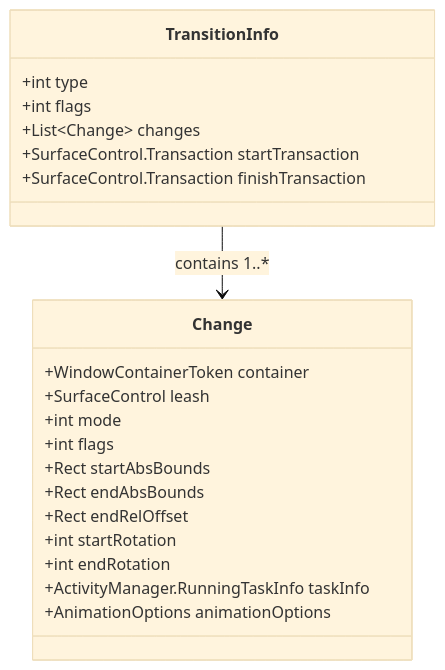
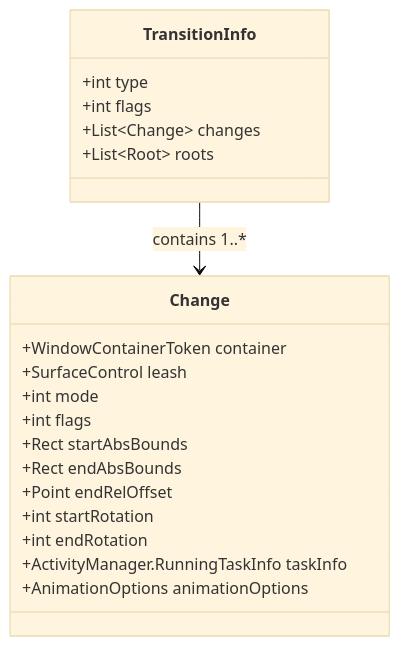
Before and after one commit to aospbooks/aosp-internal-book: diagram 11 of 33 in agents/claude/skills/aosp-framework-core/23-window-system.md, drawn with Mermaid (base theme). The commit also changed other lines of this file and 218 other files, not shown here.

````diff
--- a/agents/claude/skills/aosp-framework-core/23-window-system.md
+++ b/agents/claude/skills/aosp-framework-core/23-window-system.md
@@ -977,26 +988,25 @@
 ```mermaid
 classDiagram
     class TransitionInfo {
         +int type
         +int flags
         +List~Change~ changes
-        +SurfaceControl.Transaction startTransaction
-        +SurfaceControl.Transaction finishTransaction
+        +List~Root~ roots
     }
 
     class Change {
         +WindowContainerToken container
         +SurfaceControl leash
         +int mode
         +int flags
         +Rect startAbsBounds
         +Rect endAbsBounds
-        +Rect endRelOffset
+        +Point endRelOffset
         +int startRotation
         +int endRotation
         +ActivityManager.RunningTaskInfo taskInfo
         +AnimationOptions animationOptions
     }
 
     TransitionInfo --> Change : contains 1..*
 ```
````
